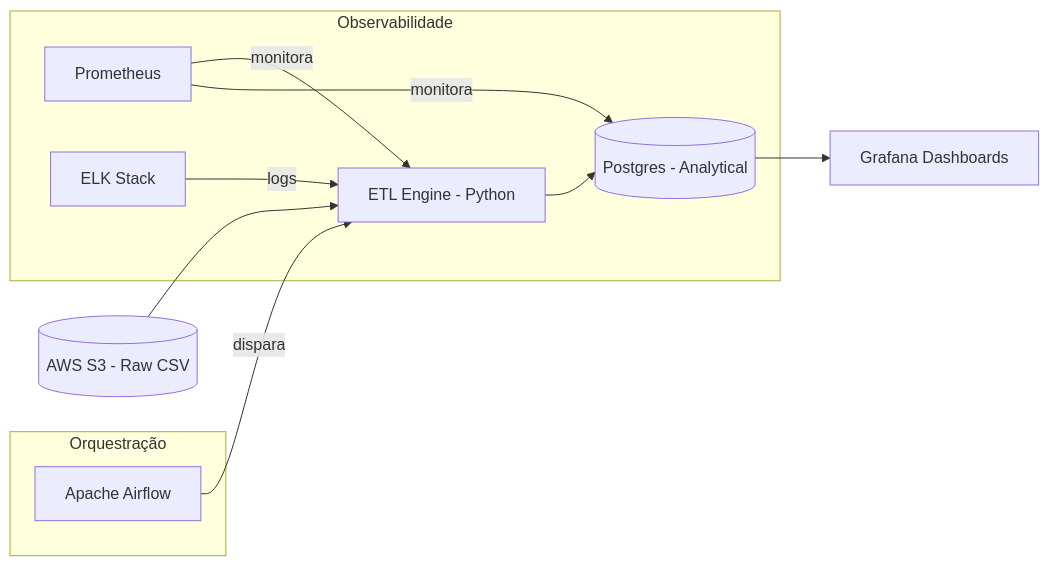
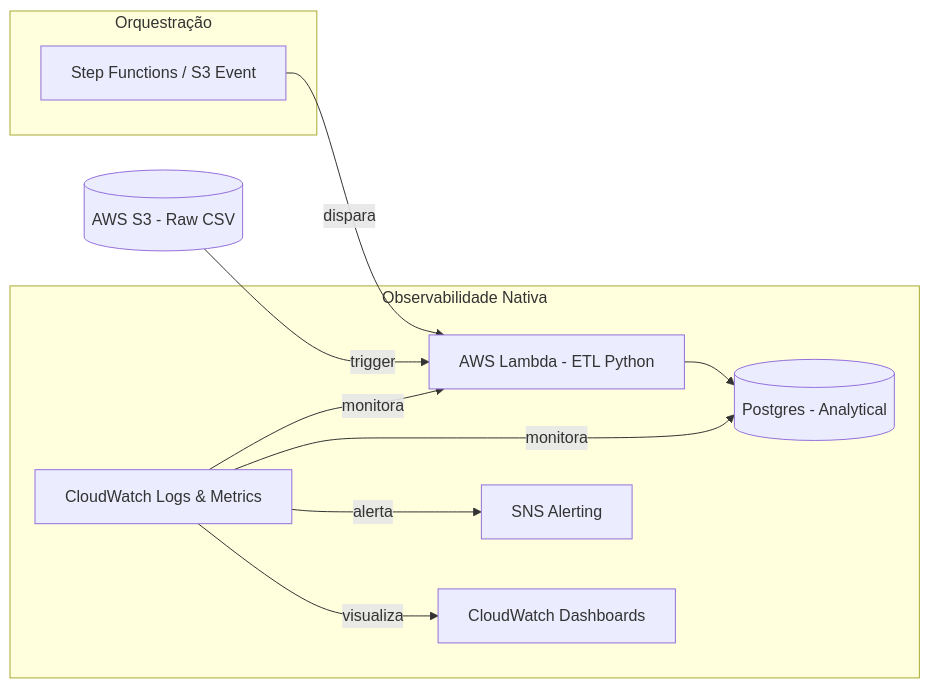
One commit to pygaudiello/20261sre-projeto-final changed the diagram in documents/08_system_design.md. Above: the diagram before and after it, drawn with Mermaid. The commit also changed other lines of this file and 2 other files, not shown here.

Commit message:
Ajuste architecture

````diff
--- a/documents/08_system_design.md
+++ b/documents/08_system_design.md
@@ -5,16 +5,16 @@
 ```mermaid
 graph LR
-    S3[(AWS S3 - Raw CSV)] --> ETL[ETL Engine - Python]
-    ETL --> PG[(Postgres - Analytical)]
-    PG --> GRAF[Grafana Dashboards]
+    S3[(AWS S3 - Raw CSV)] -- trigger --> LMD[AWS Lambda - ETL Python]
+    LMD --> PG[(Postgres - Analytical)]
     
-    subgraph Observabilidade
-        PROM[Prometheus] -- monitora --> ETL
-        PROM -- monitora --> PG
-        ELK[ELK Stack] -- logs --> ETL
+    subgraph Observabilidade Nativa
+        CW[CloudWatch Logs & Metrics] -- monitora --> LMD
+        CW -- monitora --> PG
+        CW -- alerta --> SNS[SNS Alerting]
+        CW -- visualiza --> CWD[CloudWatch Dashboards]
     end
     
     subgraph Orquestração
-        AIR[Apache Airflow] -- dispara --> ETL
+        SF[Step Functions / S3 Event] -- dispara --> LMD
     end
 ```
````
